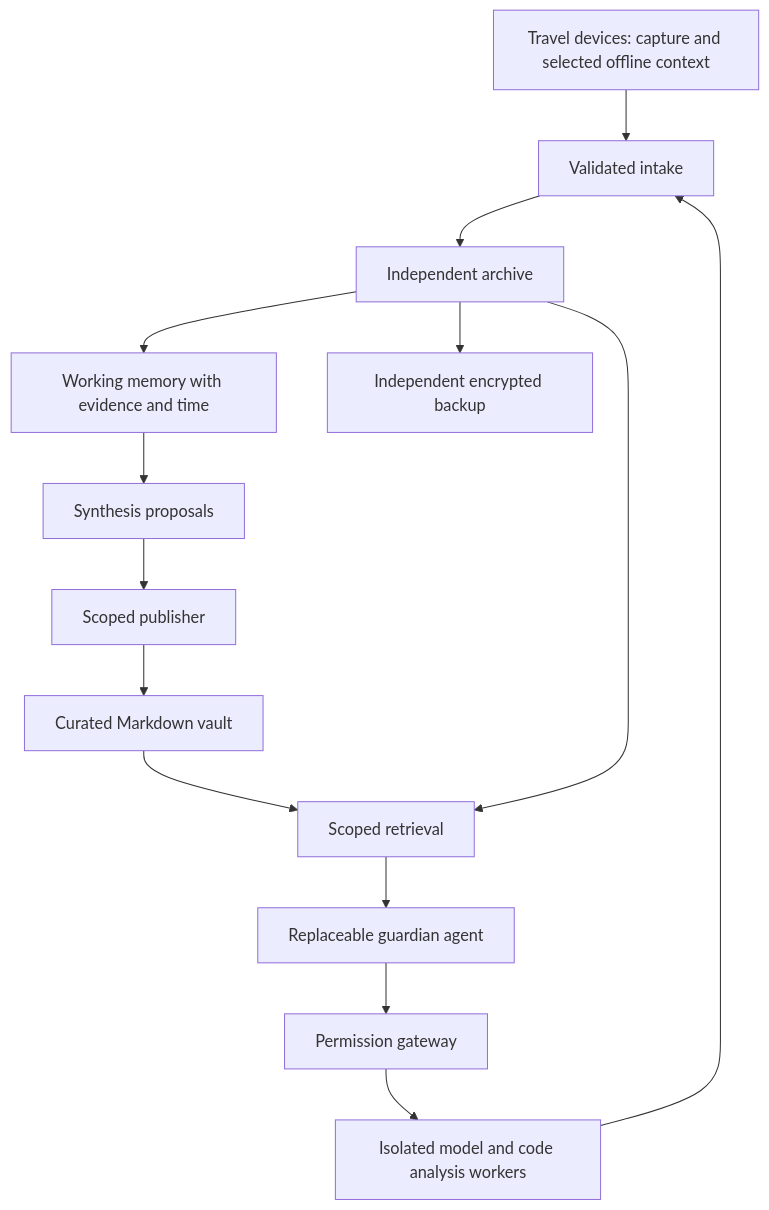
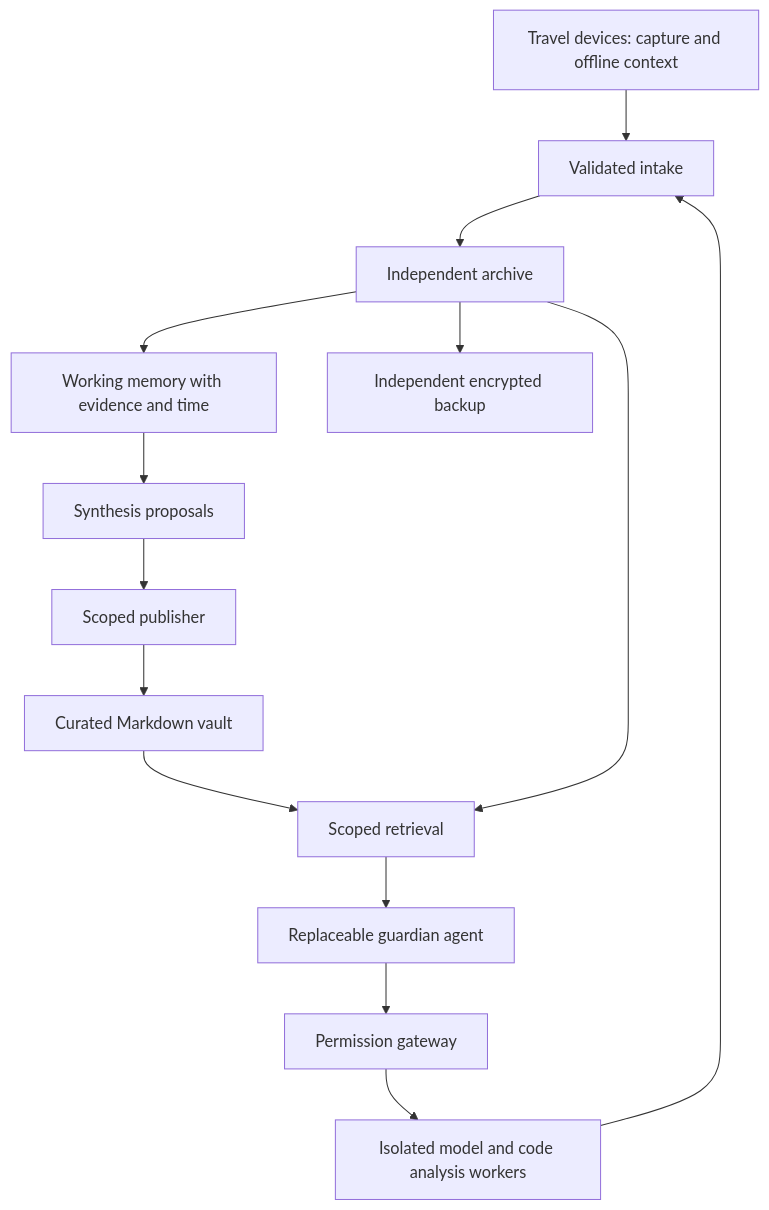
Before and after one commit to UpBeam/lamassu: the diagram in README.md, drawn with Mermaid. The commit also changed other lines of this file and 5 other files, not shown here.

````diff
--- a/README.md
+++ b/README.md
@@ -33,16 +65,16 @@
 ```mermaid
 flowchart TD
-    Devices[Travel devices: capture and selected offline context] --> Intake[Validated intake]
+    Devices[Travel devices: capture and offline context] --> Intake[Validated intake]
     Intake --> Archive[Independent archive]
     Archive --> Memory[Working memory with evidence and time]
     Memory --> Proposals[Synthesis proposals]
     Proposals --> Publisher[Scoped publisher]
     Publisher --> Vault[Curated Markdown vault]
     Vault --> Retrieval[Scoped retrieval]
     Archive --> Retrieval
     Retrieval --> Agent[Replaceable guardian agent]
     Agent --> Gateway[Permission gateway]
     Gateway --> Workers[Isolated model and code analysis workers]
     Workers --> Intake
     Archive --> Backup[Independent encrypted backup]
 ```
````
